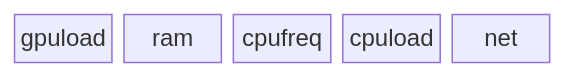
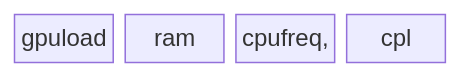
Before and after one commit to uroborosq/uq_tools_nim: the first of 2 diagrams in README.md, drawn with Mermaid. The commit also changed other lines of this file and 7 other files, not shown here.

````diff
--- a/README.md
+++ b/README.md
@@ -1,5 +1,5 @@
 ```mermaid
 block-beta
 
-gpuload ram cpufreq cpuload net
+gpuload ram cpufreq, cpl
 ```
````
